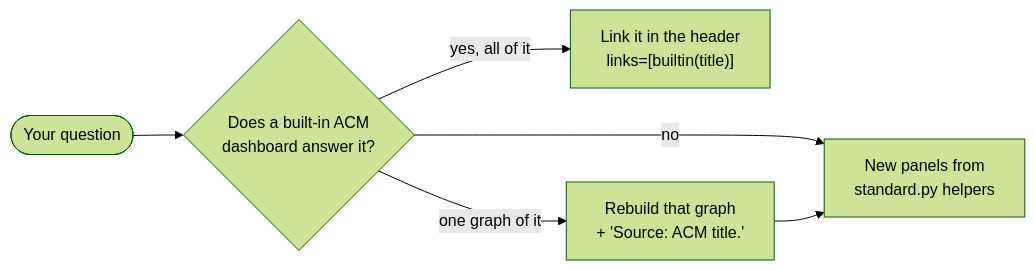
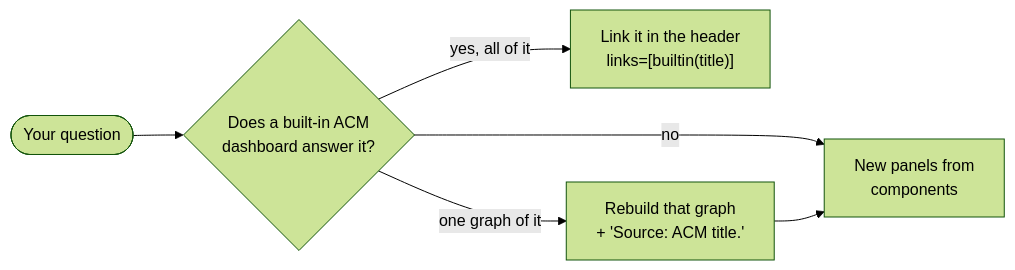
One commit to seanjin97/hack-multi-cluster-openshift-observability changed the diagram in doc/app-teams/2-dashboards.md. Above: the diagram before and after it, drawn with Mermaid (forest theme). The commit also changed other lines of this file and 30 other files, not shown here.

````diff
--- a/doc/app-teams/2-dashboards.md
+++ b/doc/app-teams/2-dashboards.md
@@ -9,8 +9,8 @@
 ```mermaid
 flowchart LR
   q([Your question]) --> b{Does a built-in ACM<br/>dashboard answer it?}
   b -- "yes, all of it" --> l["Link it in the header<br/>links=[builtin(title)]"]
   b -- "one graph of it" --> r["Rebuild that graph<br/>+ 'Source: ACM title.'"]
-  b -- no --> n[New panels from<br/>standard.py helpers]
+  b -- no --> n[New panels from<br/>components]
   r --> n
 ```
````
